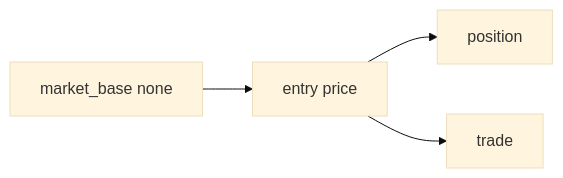
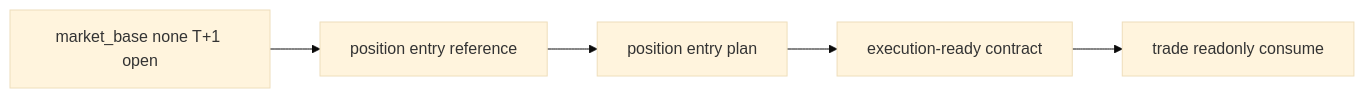
The diagram in docs/03-execution/101-position-entry-t-plus-1-open-reference-price-correction-card-20260411.md (everything-is-simple/lifespan-0.01), drawn with Mermaid (base theme) before and after one commit. The commit also changed other lines of this file and 11 other files, not shown here.

````diff
--- a/docs/03-execution/101-position-entry-t-plus-1-open-reference-price-correction-card-20260411.md
+++ b/docs/03-execution/101-position-entry-t-plus-1-open-reference-price-correction-card-20260411.md
@@ -33,6 +42,7 @@
 ```mermaid
 flowchart LR
-    MB[market_base none] --> EP[entry price]
-    EP --> POS[position]
-    EP --> TRD[trade]
+    MB[market_base none T+1 open] --> EP[position entry reference]
+    EP --> POS[position entry plan]
+    POS --> EXEC[execution-ready contract]
+    EXEC --> TRD[trade readonly consume]
 ```
````
